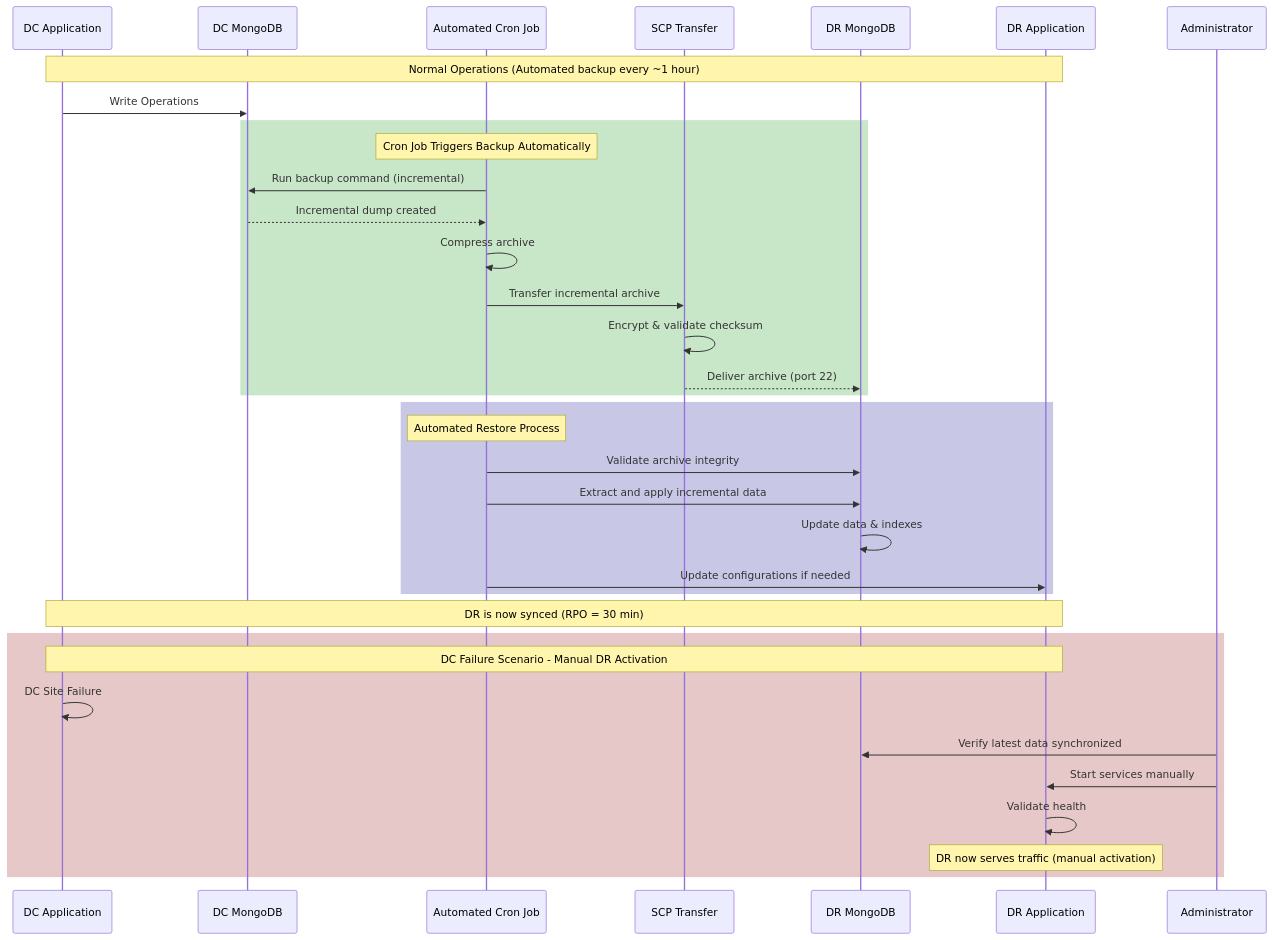
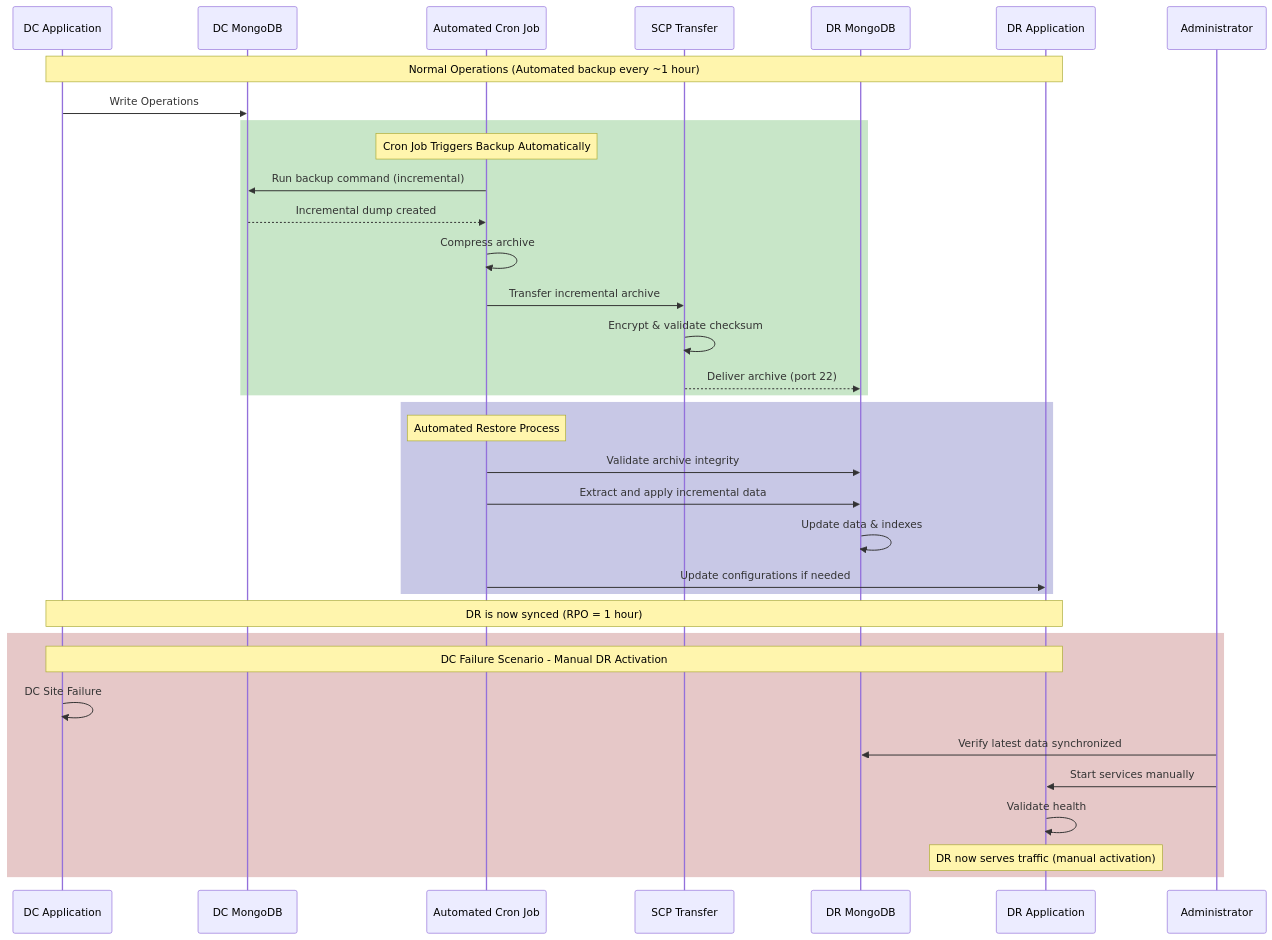
One commit to Karthikhvr/customers-docs changed the third of 12 diagrams in HA_DR_Architecture_Documentation_dt2.md. Above: the diagram before and after it, drawn with Mermaid. The commit also changed other lines of this file, not shown here.

Commit message:
Updated 30 min to 1 hour

````diff
--- a/HA_DR_Architecture_Documentation_dt2.md
+++ b/HA_DR_Architecture_Documentation_dt2.md
@@ -206,43 +206,43 @@
 ```mermaid
 sequenceDiagram
     participant DC_APP as DC Application
     participant DC_DB as DC MongoDB
     participant CRON as Automated Cron Job
     participant SCP as SCP Transfer
     participant DR_DB as DR MongoDB
     participant DR_APP as DR Application
     
     Note over DC_APP,DR_APP: Normal Operations (Automated backup every ~1 hour)
     
     DC_APP->>DC_DB: Write Operations
     
     rect rgb(200, 230, 200)
         Note over CRON: Cron Job Triggers Backup Automatically
         CRON->>DC_DB: Run backup command (incremental)
         DC_DB-->>CRON: Incremental dump created
         CRON->>CRON: Compress archive
         CRON->>SCP: Transfer incremental archive
         SCP->>SCP: Encrypt & validate checksum
         SCP-->>DR_DB: Deliver archive (port 22)
     end
     
     rect rgb(200, 200, 230)
         Note over CRON: Automated Restore Process
         CRON->>DR_DB: Validate archive integrity
         CRON->>DR_DB: Extract and apply incremental data
         DR_DB->>DR_DB: Update data & indexes
         CRON->>DR_APP: Update configurations if needed
     end
     
-    Note over DC_APP,DR_APP: DR is now synced (RPO = 30 min)
+    Note over DC_APP,DR_APP: DR is now synced (RPO = 1 hour)
     
     rect rgb(230, 200, 200)
         Note over DC_APP,DR_APP: DC Failure Scenario - Manual DR Activation
         DC_APP->>DC_APP: DC Site Failure
         participant ADMIN as Administrator
         ADMIN->>DR_DB: Verify latest data synchronized
         ADMIN->>DR_APP: Start services manually
         DR_APP->>DR_APP: Validate health
         Note over DR_APP: DR now serves traffic (manual activation)
     end
 ```
````
